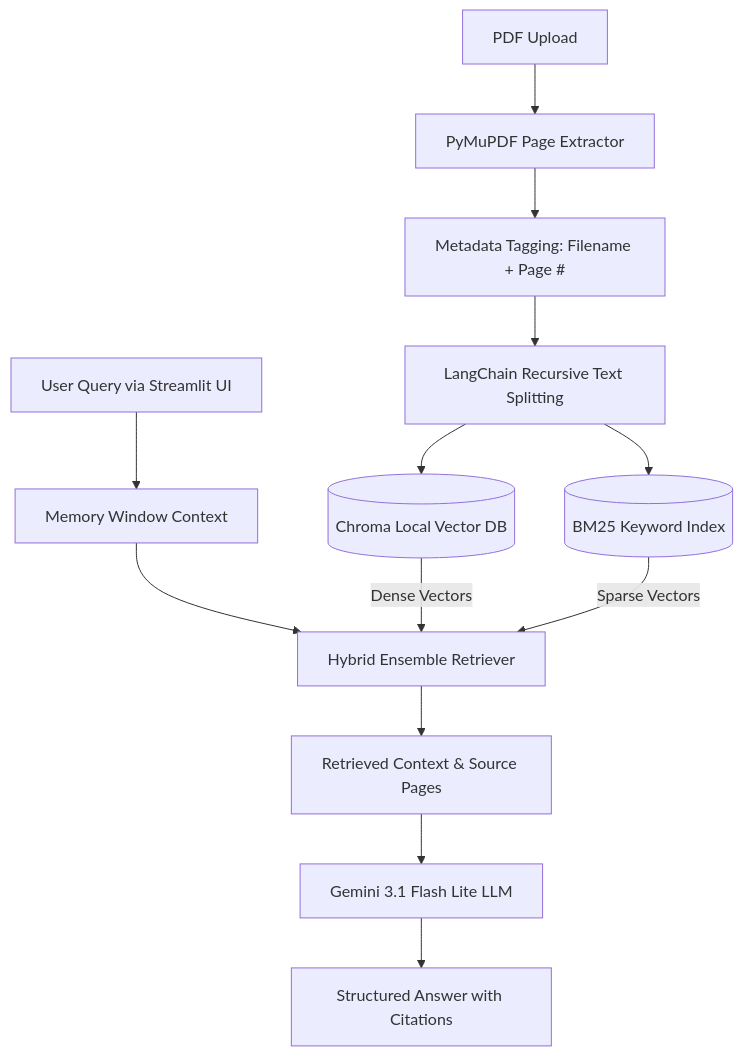
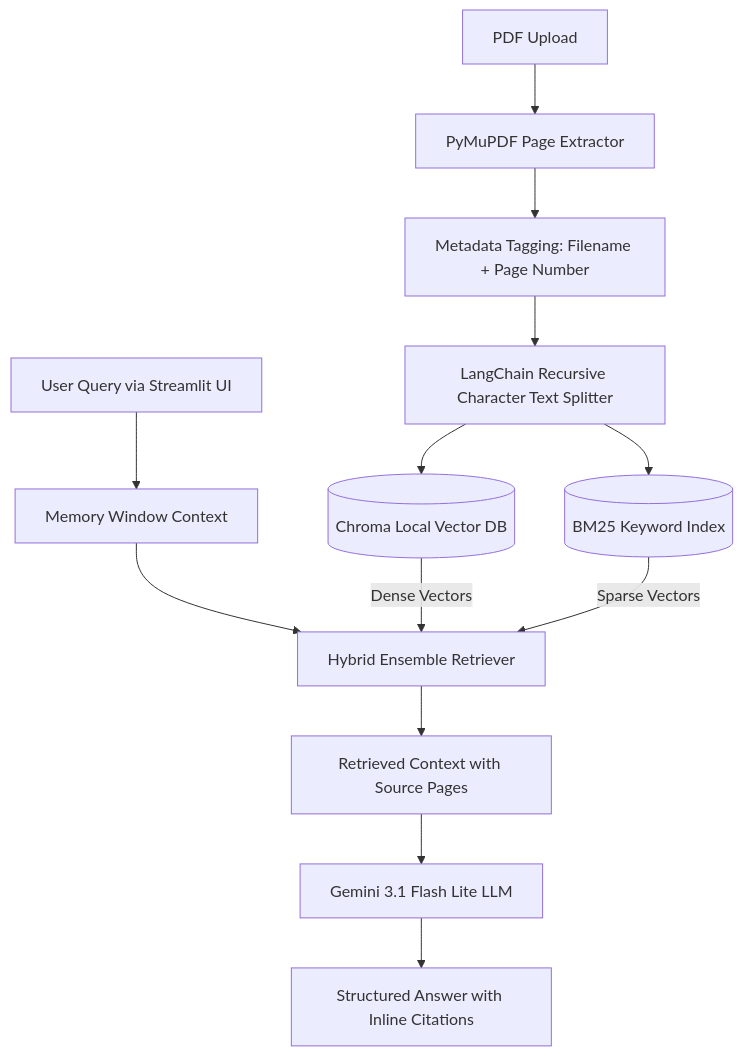
Before and after one commit to vaishnaviomkaram/Internship-1: the diagram in README.md, drawn with Mermaid. The commit also changed other lines of this file, not shown here.

````diff
--- a/README.md
+++ b/README.md
@@ -46,17 +33,16 @@
 ```mermaid
 graph TD
     A[PDF Upload] --> B[PyMuPDF Page Extractor]
-    B --> C[Metadata Tagging: Filename + Page #]
-    C --> D[LangChain Recursive Text Splitting]
+    B --> C[Metadata Tagging: Filename + Page Number]
+    C --> D[LangChain Recursive Character Text Splitter]
     D --> E[(Chroma Local Vector DB)]
     D --> F[(BM25 Keyword Index)]
     
     G[User Query via Streamlit UI] --> H[Memory Window Context]
     H --> I[Hybrid Ensemble Retriever]
     E -->|Dense Vectors| I
     F -->|Sparse Vectors| I
-    I --> J[Retrieved Context & Source Pages]
+    I --> J[Retrieved Context with Source Pages]
     J --> K[Gemini 3.1 Flash Lite LLM]
-    K --> L[Structured Answer with Citations]
-
+    K --> L[Structured Answer with Inline Citations]
 ```
````
